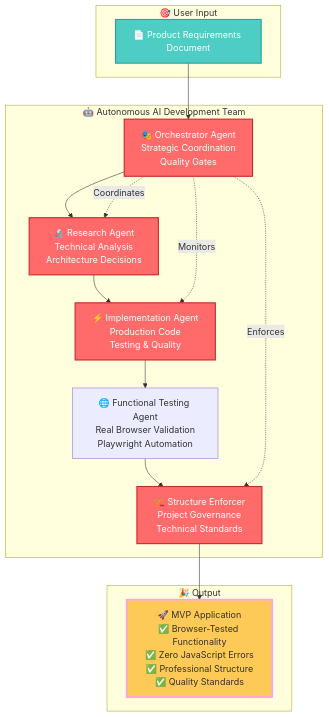
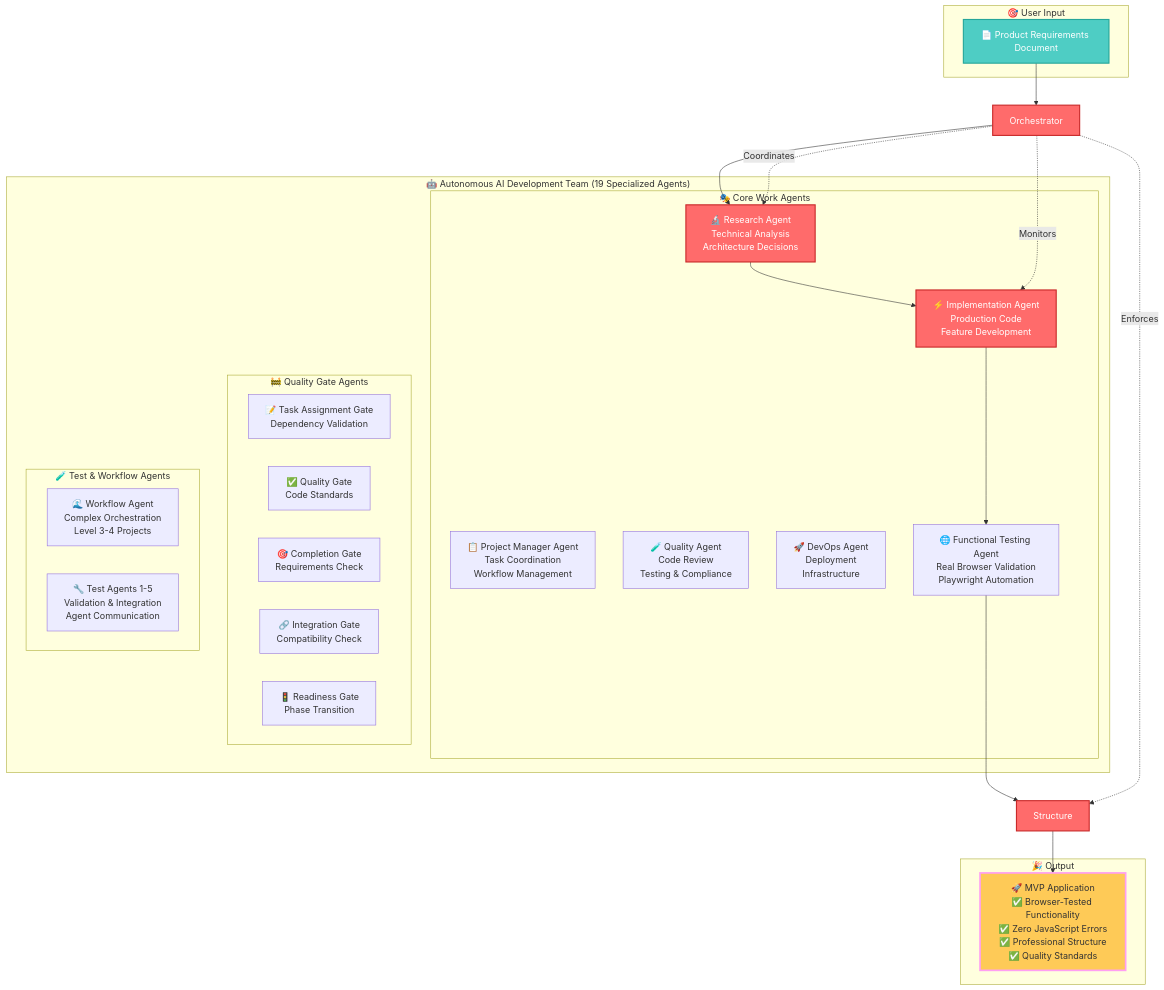
Before and after one commit to vanzan01/claude-code-sub-agent-collective: the first of 2 diagrams in README.md, drawn with Mermaid. The commit also changed other lines of this file, not shown here.

First line of the commit message:
fix: Correct README to show actual 19-agent orchestration system

````diff
--- a/README.md
+++ b/README.md
@@ -30,37 +30,53 @@
 ```mermaid
 graph TB
     subgraph "🎯 User Input"
         PRD[📄 Product Requirements Document]
     end
     
-    subgraph "🤖 Autonomous AI Development Team"
-        Orchestrator[🎭 Orchestrator Agent<br/>Strategic Coordination<br/>Quality Gates]
-        Research[🔬 Research Agent<br/>Technical Analysis<br/>Architecture Decisions]
-        Implementation[⚡ Implementation Agent<br/>Production Code<br/>Testing & Quality]
-        FuncTest[🌐 Functional Testing Agent<br/>Real Browser Validation<br/>Playwright Automation]
-        Structure[🏗️ Structure Enforcer<br/>Project Governance<br/>Technical Standards]
+    subgraph "🤖 Autonomous AI Development Team (19 Specialized Agents)"
+        subgraph "🎭 Core Work Agents"
+            PM[📋 Project Manager Agent<br/>Task Coordination<br/>Workflow Management]
+            Research[🔬 Research Agent<br/>Technical Analysis<br/>Architecture Decisions]
+            Implementation[⚡ Implementation Agent<br/>Production Code<br/>Feature Development]
+            Quality[🧪 Quality Agent<br/>Code Review<br/>Testing & Compliance]
+            DevOps[🚀 DevOps Agent<br/>Deployment<br/>Infrastructure]
+            FuncTest[🌐 Functional Testing Agent<br/>Real Browser Validation<br/>Playwright Automation]
+        end
+        
+        subgraph "🚧 Quality Gate Agents"
+            TaskGate[📝 Task Assignment Gate<br/>Dependency Validation]
+            QualityGate[✅ Quality Gate<br/>Code Standards]
+            CompletionGate[🎯 Completion Gate<br/>Requirements Check]
+            IntegrationGate[🔗 Integration Gate<br/>Compatibility Check]
+            ReadinessGate[🚦 Readiness Gate<br/>Phase Transition]
+        end
+        
+        subgraph "🧪 Test & Workflow Agents"
+            WorkflowAgent[🌊 Workflow Agent<br/>Complex Orchestration<br/>Level 3-4 Projects]
+            TestAgents[🔧 Test Agents 1-5<br/>Validation & Integration<br/>Agent Communication]
+        end
     end
     
     subgraph "🎉 Output"
         App[🚀 MVP Application<br/>✅ Browser-Tested Functionality<br/>✅ Zero JavaScript Errors<br/>✅ Professional Structure<br/>✅ Quality Standards]
     end
     
     PRD --> Orchestrator
     Orchestrator --> Research
     Research --> Implementation
     Implementation --> FuncTest
     FuncTest --> Structure
     Structure --> App
     
     Orchestrator -.->|Coordinates| Research
     Orchestrator -.->|Monitors| Implementation
     Orchestrator -.->|Enforces| Structure
     
     classDef agent fill:#ff6b6b,stroke:#c92a2a,stroke-width:2px,color:#fff
     classDef input fill:#4ecdc4,stroke:#26a69a,stroke-width:2px,color:#fff
     classDef output fill:#feca57,stroke:#ff9ff3,stroke-width:3px,color:#333
     
     class Orchestrator,Research,Implementation,Structure agent
     class PRD input
     class App output
 ```
````
